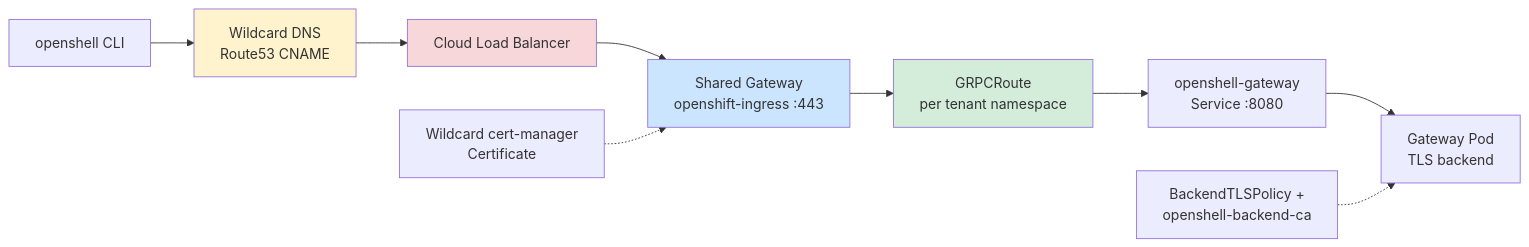
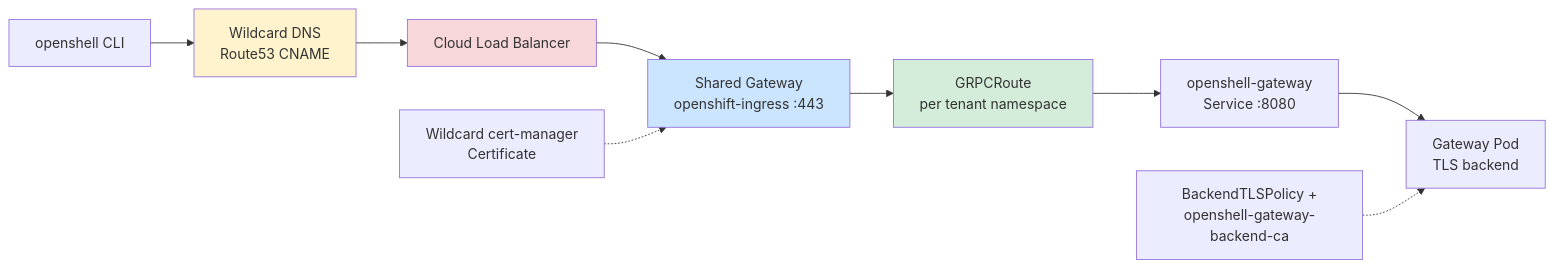
The first of 2 diagrams in docs/architecture/source/ingress.md (openshift-online/hypershell), drawn with Mermaid before and after one commit. The commit also changed 1 other file, not shown here.

Commit message:
fix(control-plane): unify backend-CA ConfigMap name so it does not leak on teardown
The Gateway API create path named the backend-CA ConfigMap
openshell-backend-ca, while the teardown delete path, the
teardown-readiness probe, the specs, and the reconciler test all use
openshell-gateway-backend-ca. The created ConfigMap therefore leaked on
gateway teardown (the delete removed a differently-named object that
never existed) and the RouteResourcesAbsent probe watched a ConfigMap the
create path never created.

Route all six sites through a single backendCAConfigMapName const set to
the canonical openshell-gateway-backend-ca so create, delete, and probe
can no longer drift, and correct the ingress architecture diagram.

Closes #322

````diff
--- a/docs/architecture/source/ingress.md
+++ b/docs/architecture/source/ingress.md
@@ -9,15 +9,15 @@
 ```mermaid
 graph LR
   CLI[openshell CLI] --> DNS[Wildcard DNS<br/>Route53 CNAME]
   DNS --> LB[Cloud Load Balancer]
   LB --> SG[Shared Gateway<br/>openshift-ingress :443]
   SG --> ROUTE[GRPCRoute<br/>per tenant namespace]
   ROUTE --> SVC[openshell-gateway<br/>Service :8080]
   SVC --> POD[Gateway Pod<br/>TLS backend]
-  CA[BackendTLSPolicy +<br/>openshell-backend-ca] -.-> POD
+  CA[BackendTLSPolicy +<br/>openshell-gateway-backend-ca] -.-> POD
   CERT[Wildcard cert-manager<br/>Certificate] -.-> SG
   style DNS fill:#fff3cd
   style LB fill:#f8d7da
   style SG fill:#cce5ff
   style ROUTE fill:#d4edda
 ```
````
